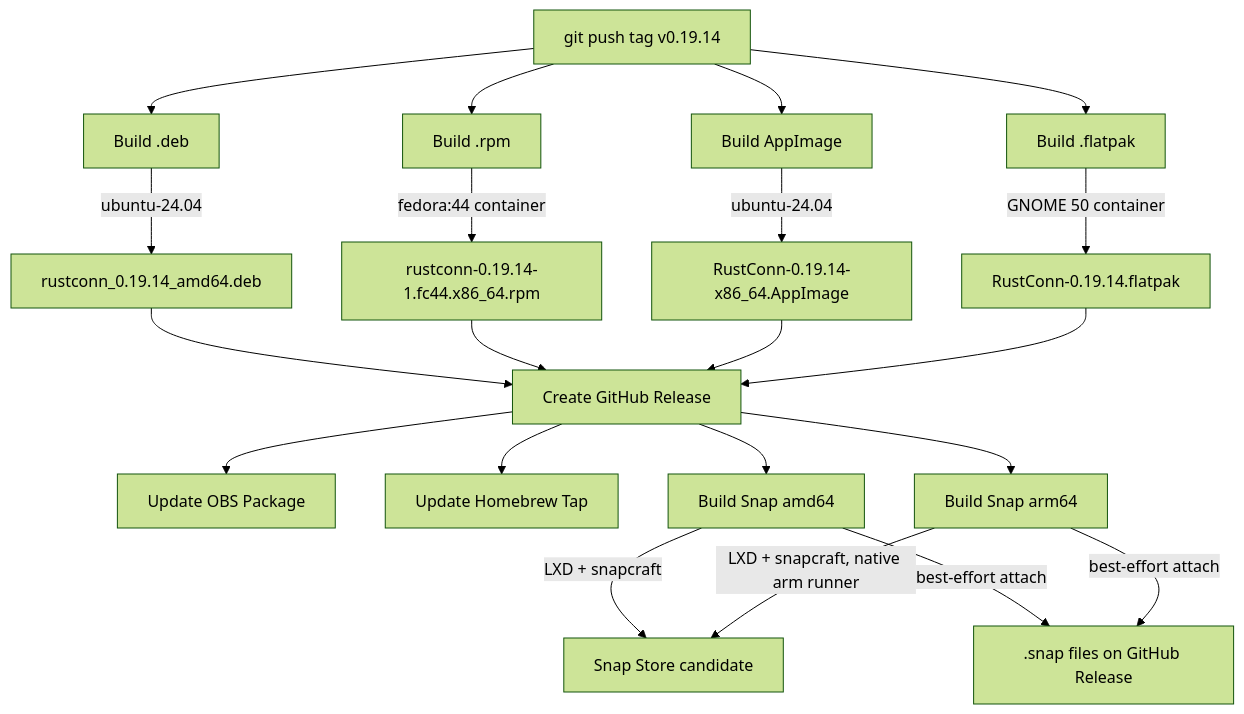
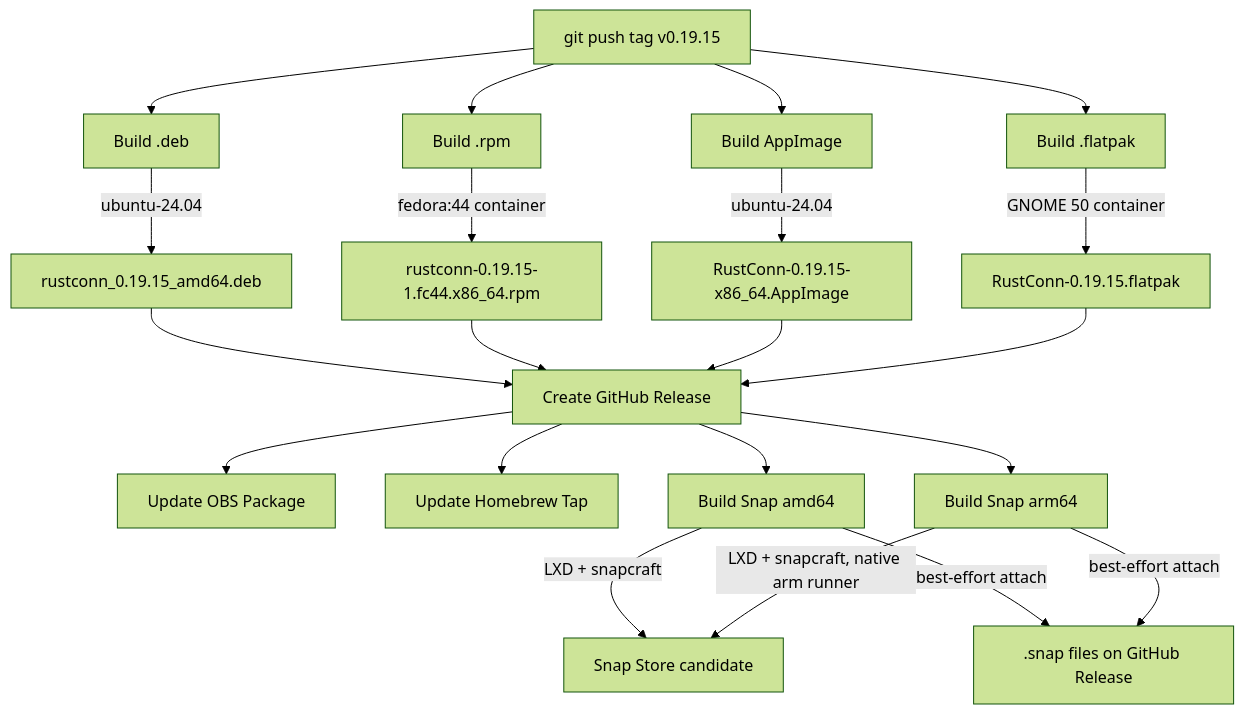
Before and after one commit to philclifford/RustConn: the third of 6 diagrams in docs/CI_BUILD_FLOW.md, drawn with Mermaid (forest theme). The commit also changed other lines of this file and 39 other files, not shown here.

````diff
--- a/docs/CI_BUILD_FLOW.md
+++ b/docs/CI_BUILD_FLOW.md
@@ -67,26 +67,26 @@
 ```mermaid
 graph TD
-    Tag[git push tag v0.19.14] --> BuildDeb[Build .deb]
+    Tag[git push tag v0.19.15] --> BuildDeb[Build .deb]
     Tag --> BuildRPM[Build .rpm]
     Tag --> BuildAppImage[Build AppImage]
     Tag --> BuildFlatpak[Build .flatpak]
 
-    BuildDeb --> |ubuntu-24.04| DebArtifact[rustconn_0.19.14_amd64.deb]
-    BuildRPM --> |fedora:44 container| RPMArtifact[rustconn-0.19.14-1.fc44.x86_64.rpm]
-    BuildAppImage --> |ubuntu-24.04| AppImageArtifact[RustConn-0.19.14-x86_64.AppImage]
-    BuildFlatpak --> |GNOME 50 container| FlatpakArtifact[RustConn-0.19.14.flatpak]
+    BuildDeb --> |ubuntu-24.04| DebArtifact[rustconn_0.19.15_amd64.deb]
+    BuildRPM --> |fedora:44 container| RPMArtifact[rustconn-0.19.15-1.fc44.x86_64.rpm]
+    BuildAppImage --> |ubuntu-24.04| AppImageArtifact[RustConn-0.19.15-x86_64.AppImage]
+    BuildFlatpak --> |GNOME 50 container| FlatpakArtifact[RustConn-0.19.15.flatpak]
 
     DebArtifact --> Release[Create GitHub Release]
     RPMArtifact --> Release
     AppImageArtifact --> Release
     FlatpakArtifact --> Release
 
     Release --> UpdateOBS[Update OBS Package]
     Release --> Brew[Update Homebrew Tap]
     Release --> SnapAmd64[Build Snap amd64]
     Release --> SnapArm64[Build Snap arm64]
     SnapAmd64 --> |LXD + snapcraft| SnapStore[Snap Store candidate]
     SnapArm64 --> |LXD + snapcraft, native arm runner| SnapStore
     SnapAmd64 --> |best-effort attach| SnapAsset[.snap files on GitHub Release]
     SnapArm64 --> |best-effort attach| SnapAsset
 ```
````
